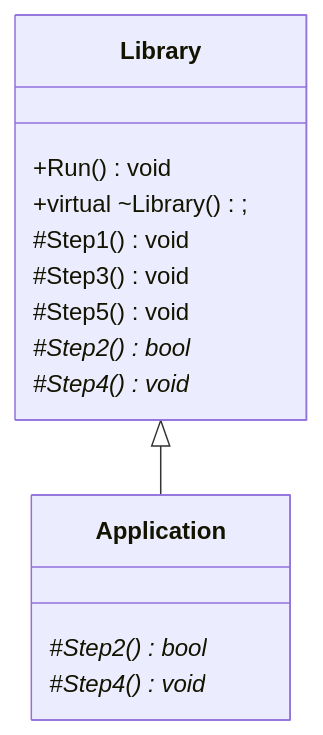
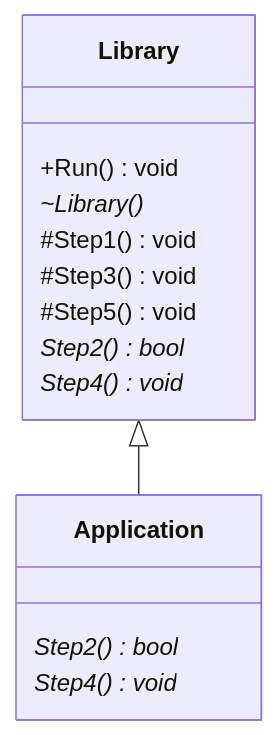
The diagram in 设计模式/模板模式/README.md (YUPANZHAO/CPlusPlus_Learning), drawn with Mermaid before and after one commit.

Commit message:
设计模式

````diff
--- a/设计模式/模板模式/README.md
+++ b/设计模式/模板模式/README.md
@@ -21,17 +21,17 @@
 ```mermaid
 classDiagram
   class Library {
     +Run() void
-    +virtual ~Library(); 
+    ~Library()* 
     #Step1() void
     #Step3() void
     #Step5() void
-    #Step2()* bool
-    #Step4()* void
+    Step2()* bool
+    Step4()* void
   }
   class Application {
-    #Step2()* bool
-    #Step4()* void
+    Step2()* bool
+    Step4()* void
   }
   Library <|-- Application 
 ```
````
